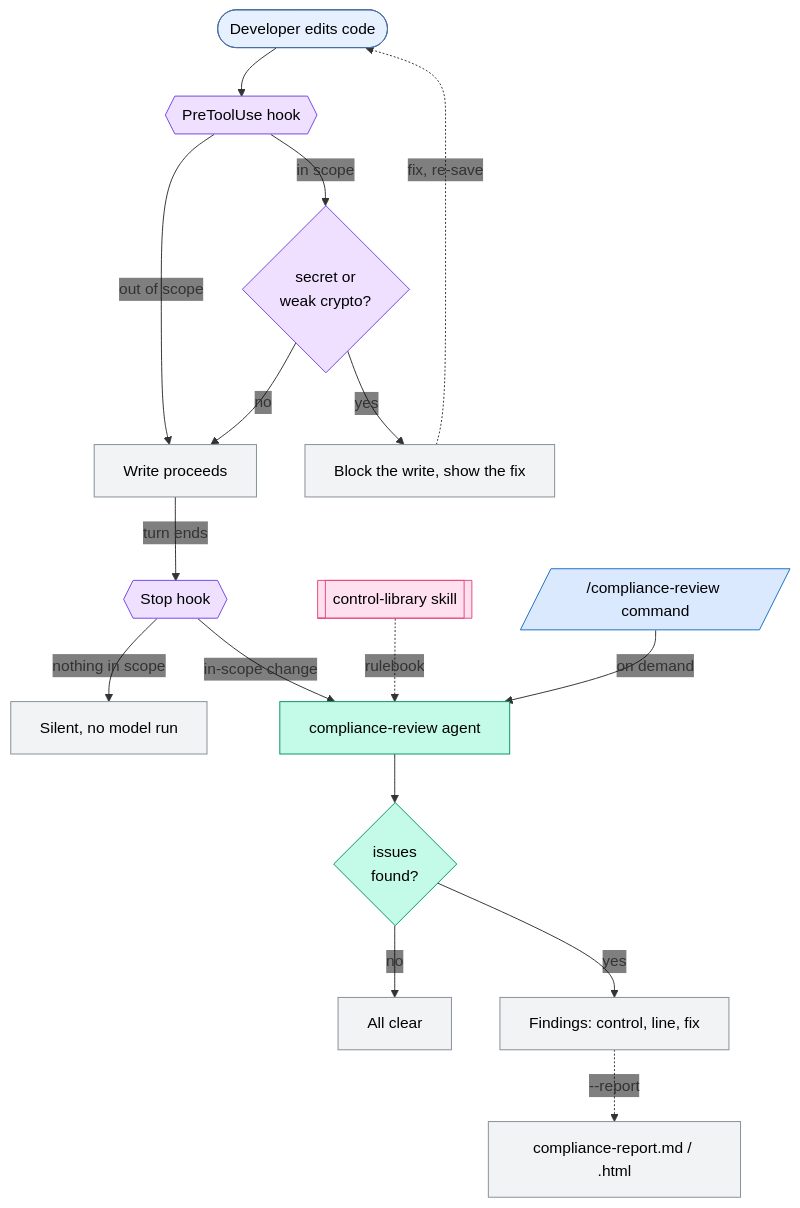
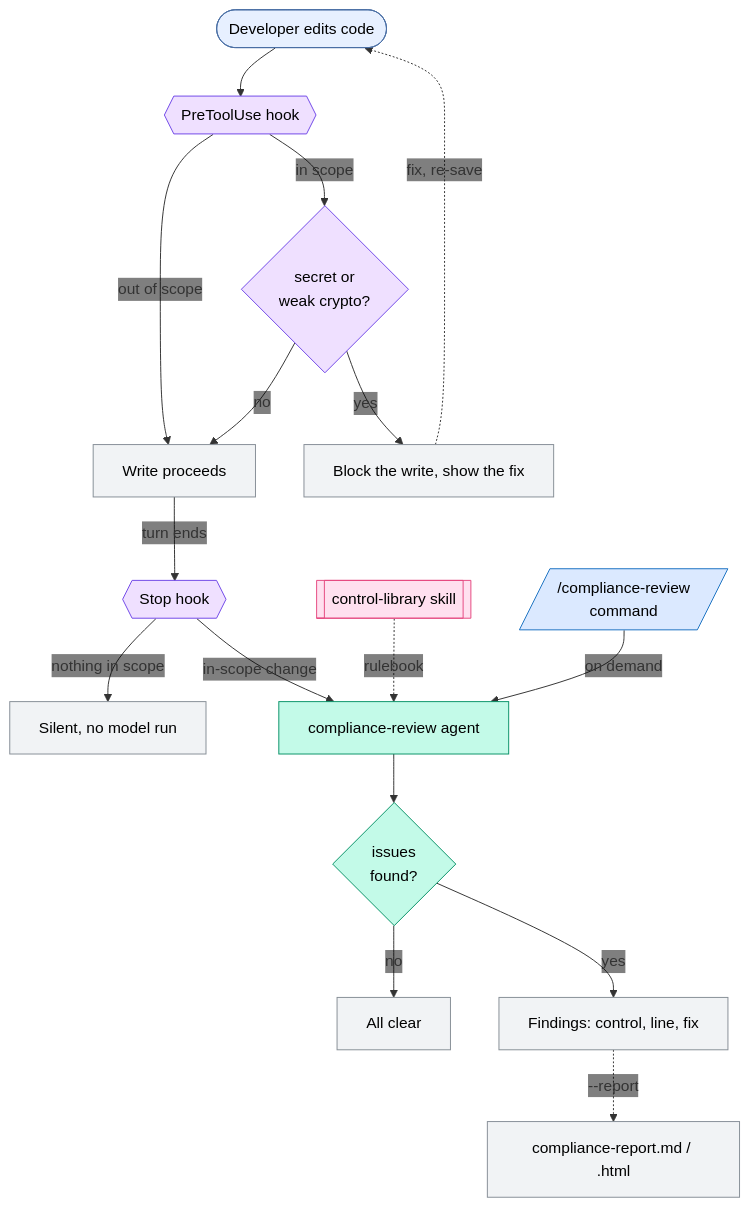
Before and after one commit to Juantomasgomez7/compliance-support: the second of 2 diagrams in README.md, drawn with Mermaid.

Commit message:
docs: wrap the command node label so it stops clipping
The parallelogram's slanted sides cut off the single-line label; split
it across two lines so it fits inside the shape.

````diff
--- a/README.md
+++ b/README.md
@@ -50,33 +50,33 @@
 ```mermaid
 %%{init: {'themeVariables': {'edgeLabelBackground': 'transparent'}}}%%
 flowchart TD
     classDef human fill:#e7f0ff,stroke:#4a6fa5,color:#000000
     classDef hook fill:#efe0ff,stroke:#7048e8,color:#000000
     classDef agent fill:#c3fae8,stroke:#099268,color:#000000
     classDef skill fill:#ffe0ef,stroke:#e64980,color:#000000
     classDef command fill:#dbe9ff,stroke:#1971c2,color:#000000
     classDef state fill:#f1f3f5,stroke:#868e96,color:#000000
 
     DEV([Developer edits code]) --> H1{{"PreToolUse hook"}}
     H1 -->|"out of scope"| SAVE["Write proceeds"]
     H1 -->|"in scope"| VIOL{"secret or<br/>weak crypto?"}
     VIOL -->|"no"| SAVE
     VIOL -->|"yes"| BLOCK["Block the write, show the fix"]
     BLOCK -.->|"fix, re-save"| DEV
     SAVE -->|"turn ends"| H2{{"Stop hook"}}
     H2 -->|"nothing in scope"| SILENT["Silent, no model run"]
     H2 -->|"in-scope change"| AGENT["compliance-review agent"]
     SKILL[["control-library skill"]] -.->|"rulebook"| AGENT
-    CMD[/"/compliance-review command"/] -->|"on demand"| AGENT
+    CMD[/"/compliance-review<br/>command"/] -->|"on demand"| AGENT
     AGENT --> REVIEW{"issues<br/>found?"}
     REVIEW -->|"no"| CLEAN["All clear"]
     REVIEW -->|"yes"| OUT["Findings: control, line, fix"]
     OUT -.->|"--report"| REPORT["compliance-report.md / .html"]
 
     class DEV human
     class H1,H2,VIOL hook
     class AGENT,REVIEW agent
     class SKILL skill
     class CMD command
     class BLOCK,SAVE,SILENT,OUT,CLEAN,REPORT state
 ```
````
